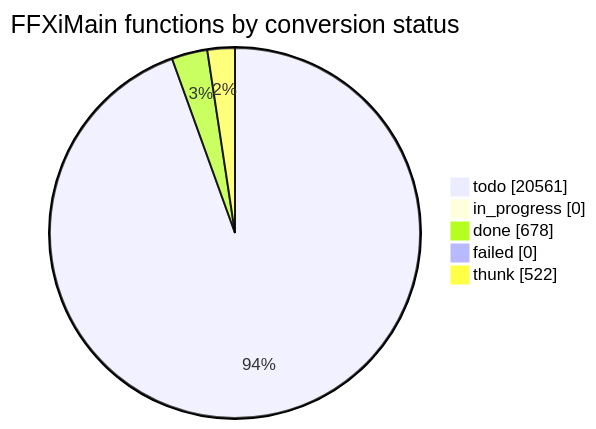
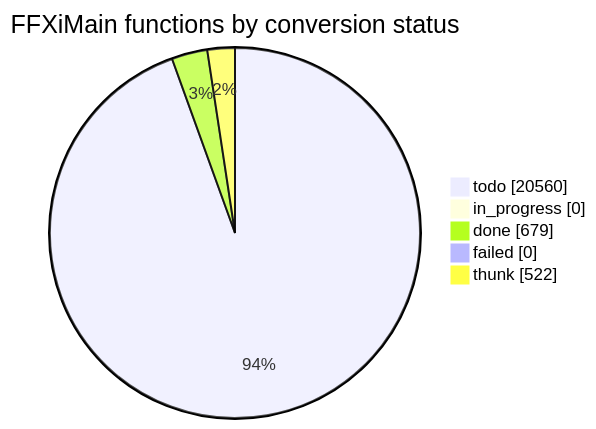
The diagram in docs/cow/STATUS.md (cowrevenge/cow_kuluu_xi_anything), drawn with Mermaid before and after one commit. The commit also changed other lines of this file and 9 other files, not shown here.

````diff
--- a/docs/cow/STATUS.md
+++ b/docs/cow/STATUS.md
@@ -18,9 +18,9 @@
 ```mermaid
 pie showData
     title FFXiMain functions by conversion status
-    "todo" : 20561
+    "todo" : 20560
     "in_progress" : 0
-    "done" : 678
+    "done" : 679
     "failed" : 0
     "thunk" : 522
 ```
````
